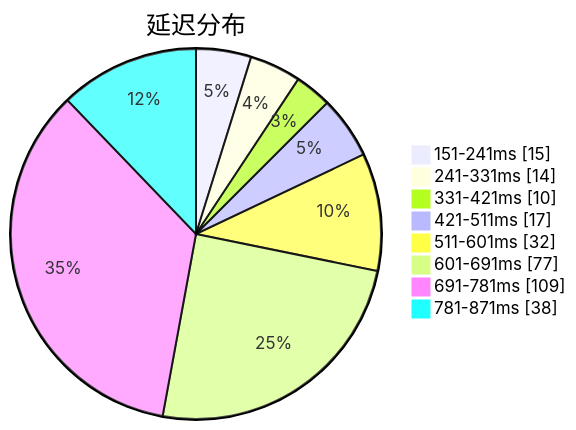
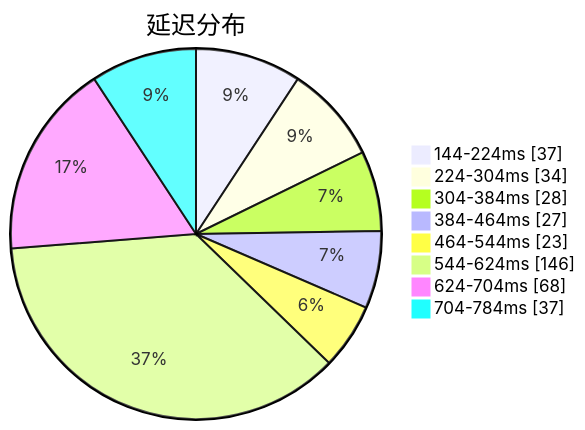
One commit to qjlxg/airport changed the first of 3 diagrams in subs/statistics/tested_within.md. Above: the diagram before and after it, drawn with Mermaid. The commit also changed other lines of this file and 2 other files, not shown here.

Commit message:
Tested by metaST

````diff
--- a/subs/statistics/tested_within.md
+++ b/subs/statistics/tested_within.md
@@ -2,12 +2,12 @@
 ```mermaid
 pie showData
 title 延迟分布
-"151-241ms" : 15
-"241-331ms" : 14
-"331-421ms" : 10
-"421-511ms" : 17
-"511-601ms" : 32
-"601-691ms" : 77
-"691-781ms" : 109
-"781-871ms" : 38
+"144-224ms" : 37
+"224-304ms" : 34
+"304-384ms" : 28
+"384-464ms" : 27
+"464-544ms" : 23
+"544-624ms" : 146
+"624-704ms" : 68
+"704-784ms" : 37
 ```
````
